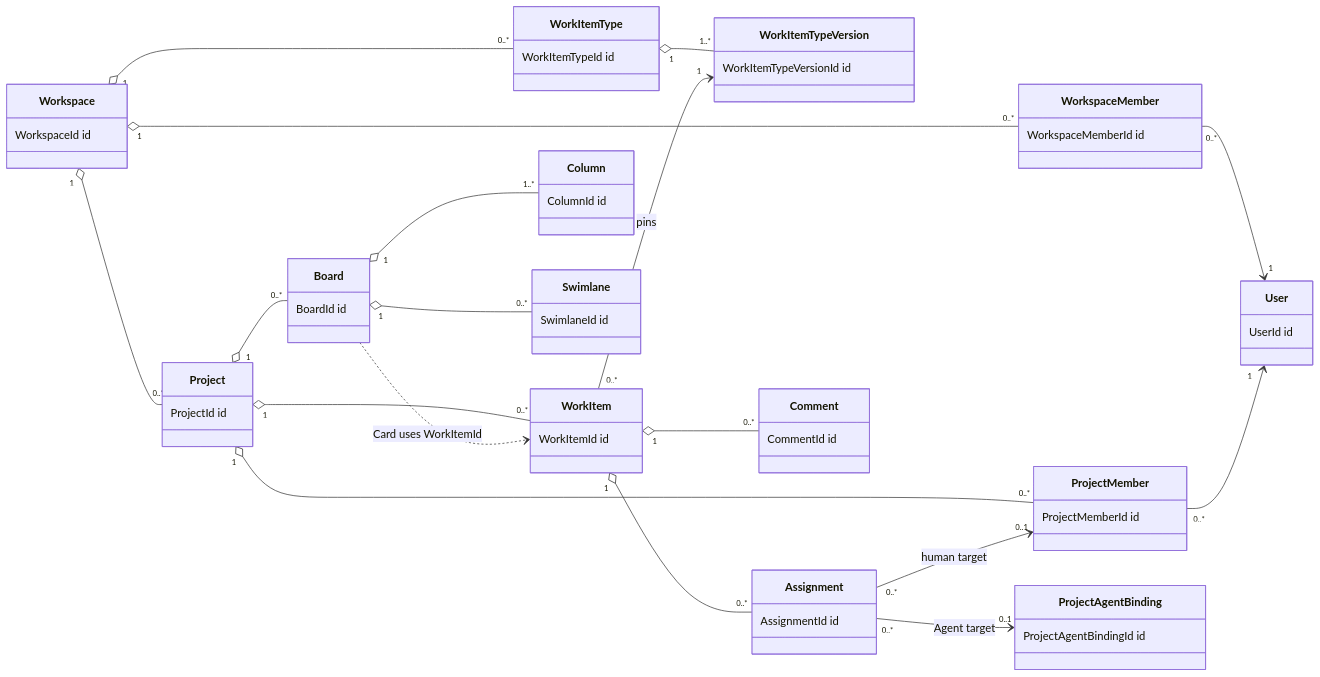
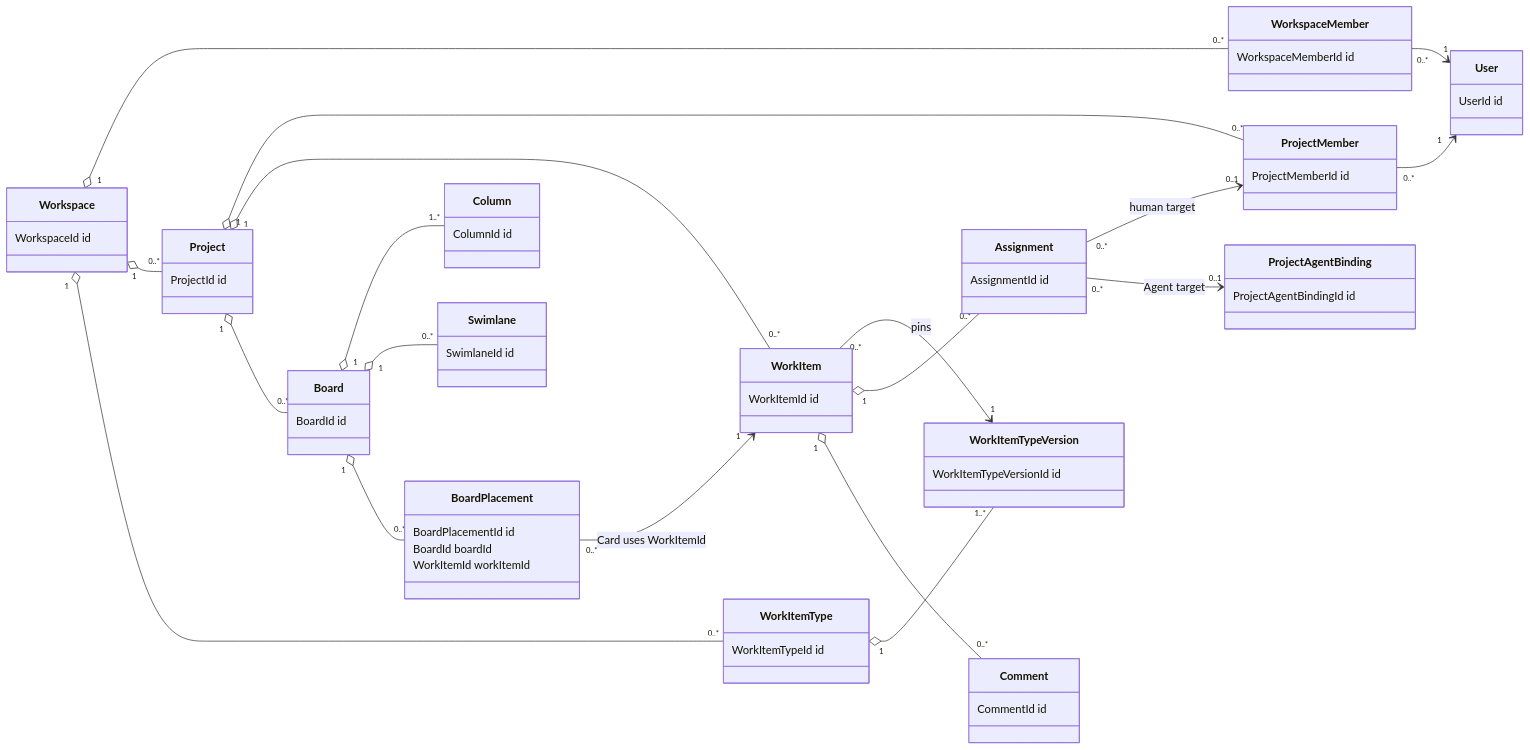
Before and after one commit to hataketed7977/taskpilot: the second of 9 diagrams in docs/business-model.md, drawn with Mermaid. The commit also changed other lines of this file and 92 other files, not shown here.

````diff
--- a/docs/business-model.md
+++ b/docs/business-model.md
@@ -190,67 +193,73 @@
 ```mermaid
 classDiagram
     direction LR
 
     class User {
         UserId id
     }
     class Workspace {
         WorkspaceId id
     }
     class WorkspaceMember {
         WorkspaceMemberId id
     }
     class Project {
         ProjectId id
     }
     class ProjectMember {
         ProjectMemberId id
     }
     class WorkItemType {
         WorkItemTypeId id
     }
     class WorkItemTypeVersion {
         WorkItemTypeVersionId id
     }
     class WorkItem {
         WorkItemId id
     }
     class Assignment {
         AssignmentId id
     }
     class ProjectAgentBinding {
         ProjectAgentBindingId id
     }
     class Comment {
         CommentId id
     }
     class Board {
         BoardId id
     }
     class Column {
         ColumnId id
     }
     class Swimlane {
         SwimlaneId id
     }
+    class BoardPlacement {
+        BoardPlacementId id
+        BoardId boardId
+        WorkItemId workItemId
+    }
 
     Workspace "1" o-- "0..*" WorkspaceMember
     WorkspaceMember "0..*" --> "1" User
     Workspace "1" o-- "0..*" Project
     Project "1" o-- "0..*" ProjectMember
     ProjectMember "0..*" --> "1" User
 
     Workspace "1" o-- "0..*" WorkItemType
     WorkItemType "1" o-- "1..*" WorkItemTypeVersion
     Project "1" o-- "0..*" WorkItem
     WorkItem "0..*" --> "1" WorkItemTypeVersion : pins
     WorkItem "1" o-- "0..*" Assignment
     Assignment "0..*" --> "0..1" ProjectMember : human target
     Assignment "0..*" --> "0..1" ProjectAgentBinding : Agent target
     WorkItem "1" o-- "0..*" Comment
 
     Project "1" o-- "0..*" Board
     Board "1" o-- "1..*" Column
     Board "1" o-- "0..*" Swimlane
-    Board ..> WorkItem : Card uses WorkItemId
+    Board "1" o-- "0..*" BoardPlacement
+    BoardPlacement "0..*" --> "1" WorkItem : Card uses WorkItemId
 ```
````
